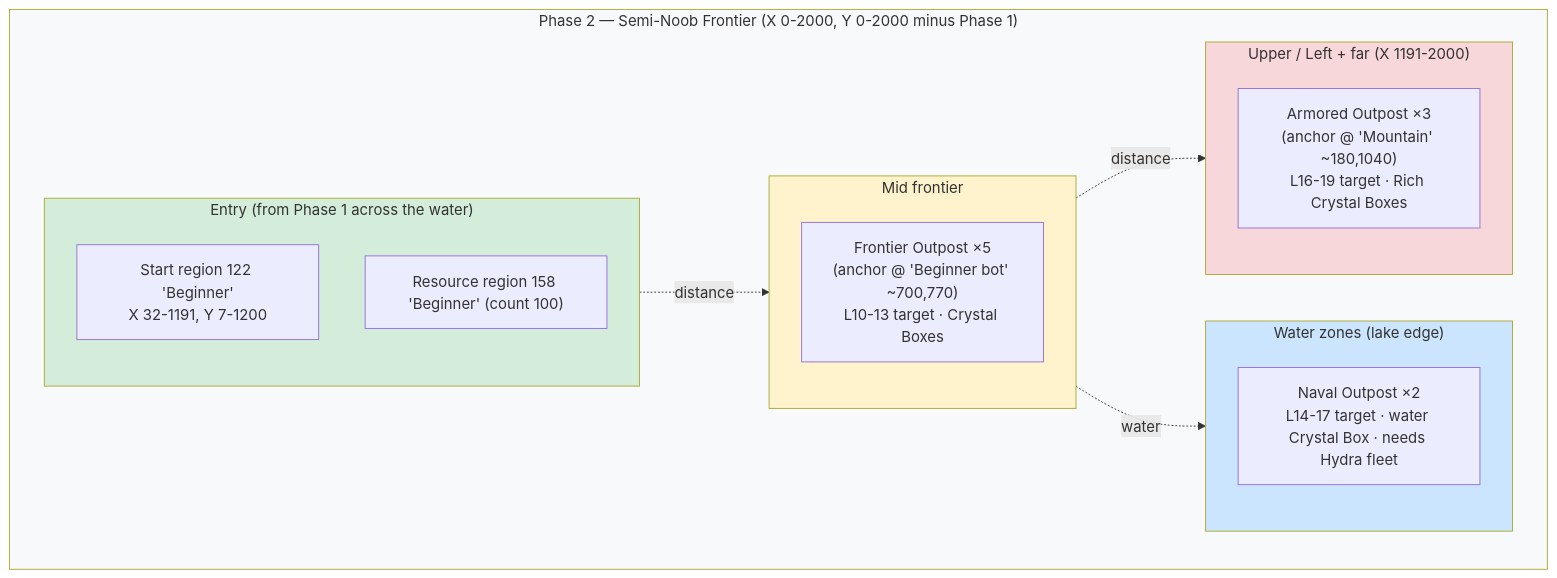
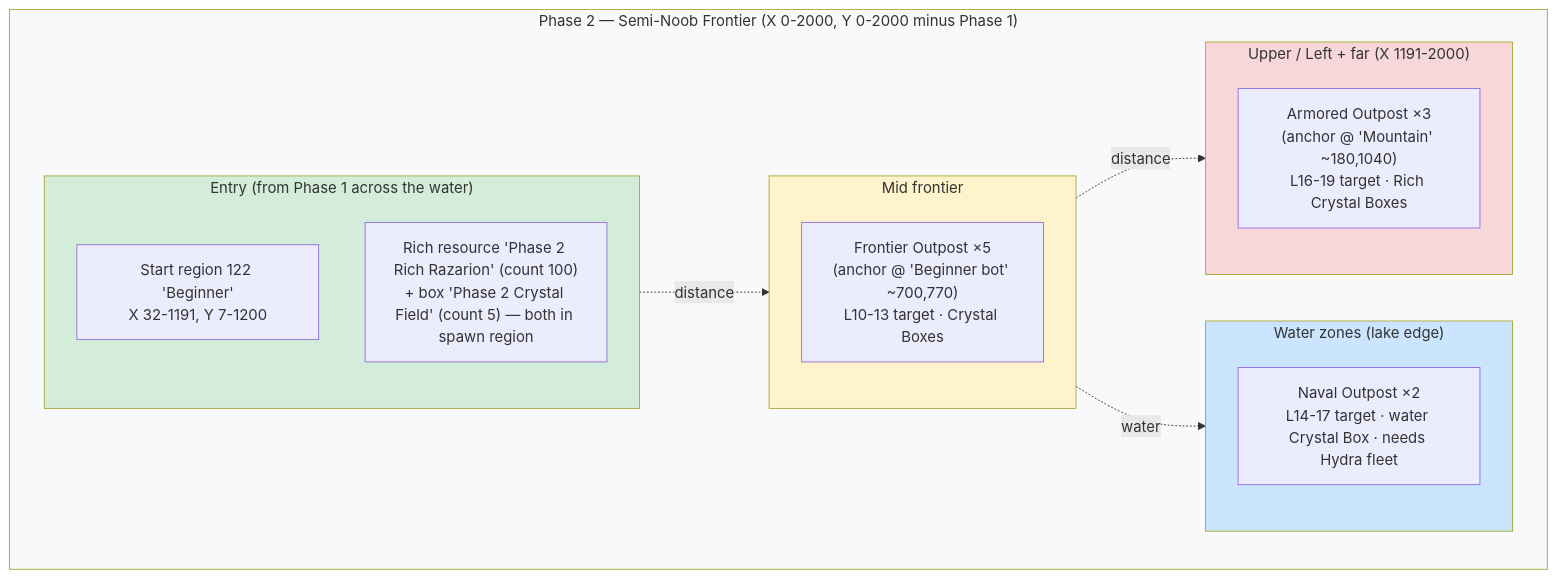
Before and after one commit to Razarion/razarion: the second of 2 diagrams in docs/game-design/phase-2-plan.md, drawn with Mermaid. The commit also changed other lines of this file and 18 other files, not shown here.

First line of the commit message:
Quest/unlock flow, resource regions, and content tooling

````diff
--- a/docs/game-design/phase-2-plan.md
+++ b/docs/game-design/phase-2-plan.md
@@ -295,25 +299,25 @@
 ```mermaid
 flowchart TB
     subgraph P2["Phase 2 — Semi-Noob Frontier (X 0-2000, Y 0-2000 minus Phase 1)"]
         subgraph High["Upper / Left + far (X 1191-2000)"]
             M["Armored Outpost ×3<br/>(anchor @ 'Mountain' ~180,1040)<br/>L16-19 target · Rich Crystal Boxes"]
         end
         subgraph Water["Water zones (lake edge)"]
             N["Naval Outpost ×2<br/>L14-17 target · water Crystal Box · needs Hydra fleet"]
         end
         subgraph Mid["Mid frontier"]
             B["Frontier Outpost ×5<br/>(anchor @ 'Beginner bot' ~700,770)<br/>L10-13 target · Crystal Boxes"]
         end
         subgraph Entry["Entry (from Phase 1 across the water)"]
             S["Start region 122 'Beginner'<br/>X 32-1191, Y 7-1200"]
-            R["Resource region 158 'Beginner' (count 100)"]
+            R["Rich resource 'Phase 2 Rich Razarion' (count 100)<br/>+ box 'Phase 2 Crystal Field' (count 5) — both in spawn region"]
         end
     end
     Entry -.distance.-> Mid -.distance.-> High
     Mid -.water.-> Water
     style P2 fill:#f8f9fa
     style High fill:#f8d7da
     style Water fill:#cce5ff
     style Mid fill:#fff3cd
     style Entry fill:#d4edda
 ```
````
